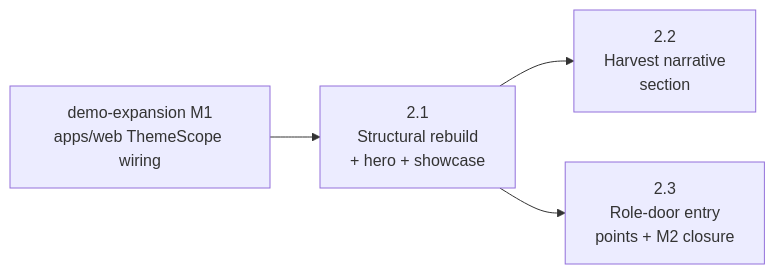
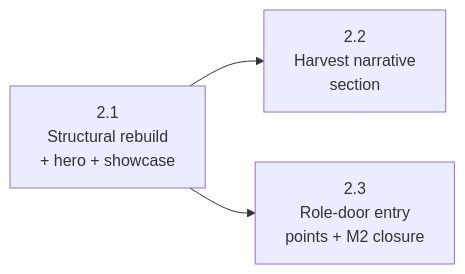
The diagram in docs/plans/epics/demo-expansion/m2-home-page-rebuild.md (kcrobinson-1/neighborly-events), drawn with Mermaid before and after one commit. The commit also changed other lines of this file, not shown here.

````diff
--- a/docs/plans/epics/demo-expansion/m2-home-page-rebuild.md
+++ b/docs/plans/epics/demo-expansion/m2-home-page-rebuild.md
@@ -95,11 +106,9 @@
 ```mermaid
 flowchart LR
-    M1[demo-expansion M1<br/>apps/web ThemeScope wiring]
     P21[2.1<br/>Structural rebuild<br/>+ hero + showcase]
     P22[2.2<br/>Harvest narrative<br/>section]
     P23[2.3<br/>Role-door entry<br/>points + M2 closure]
 
-    M1 --> P21
     P21 --> P22
     P21 --> P23
 ```
````
